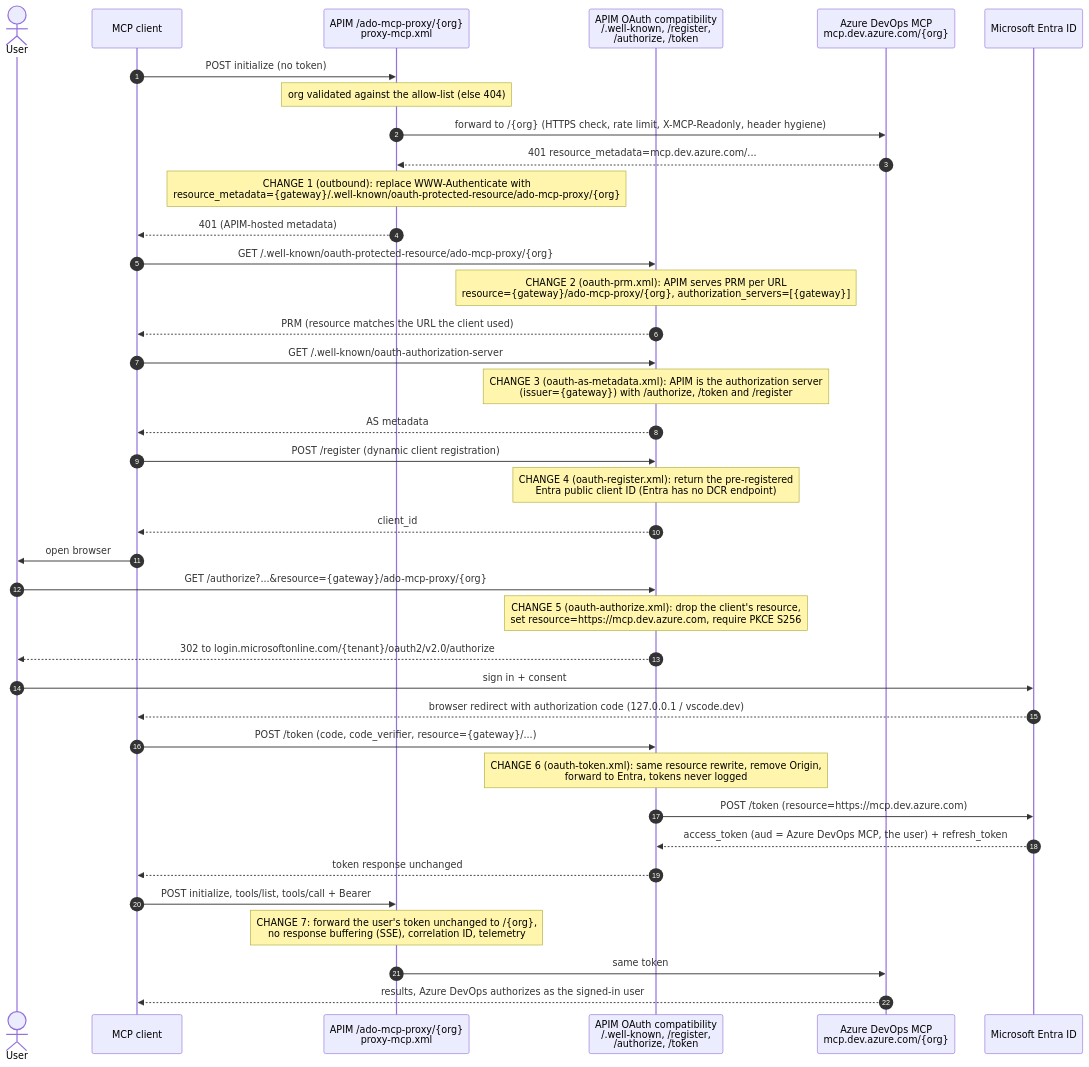
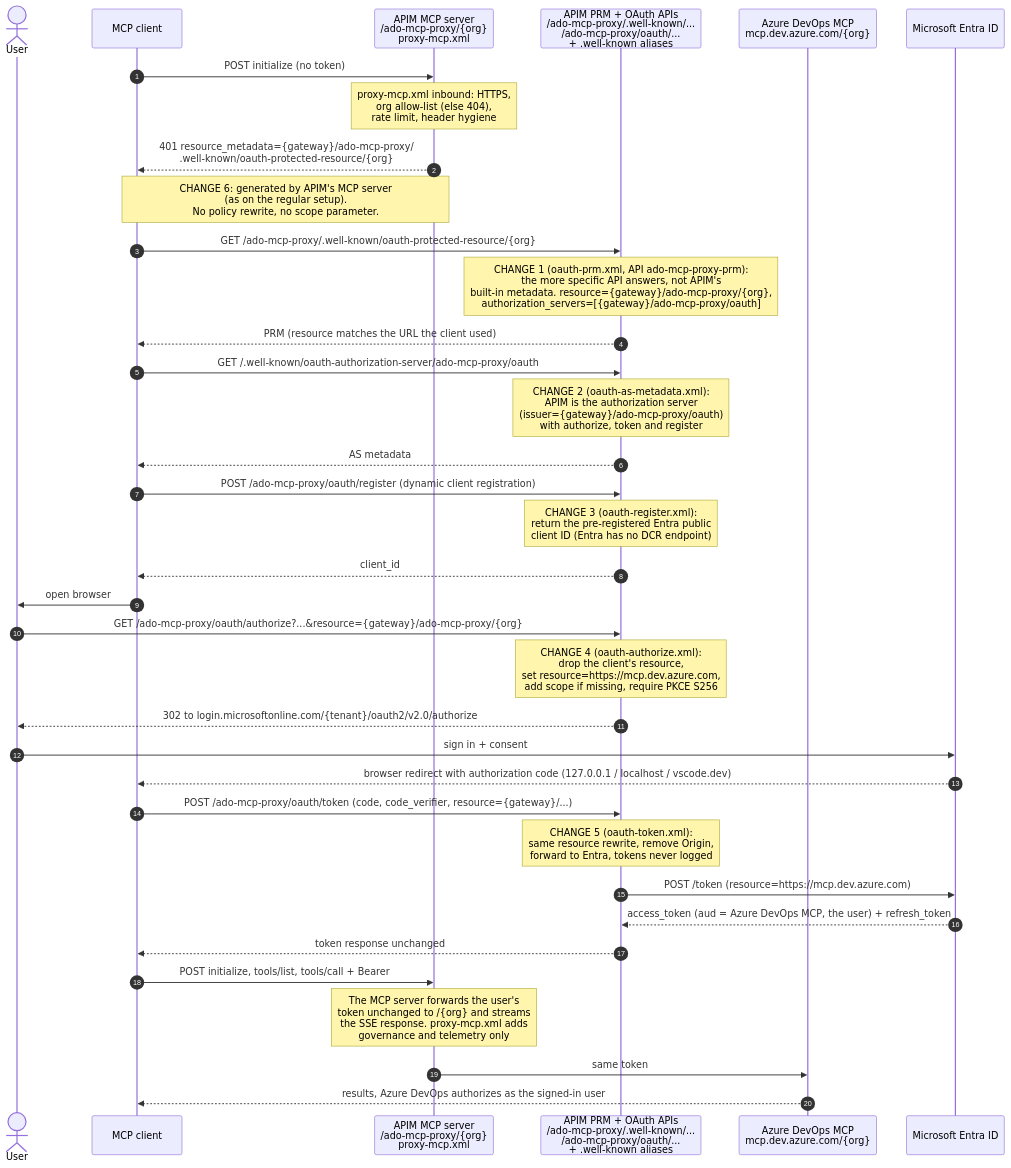
Before and after one commit to san360/azdevopsmcp: the second of 2 diagrams in README.md, drawn with Mermaid. The commit also changed other lines of this file and 49 other files, not shown here.

First line of the commit message:
Run the working setup as an APIM MCP server under its own path (#1)

````diff
--- a/README.md
+++ b/README.md
@@ -279,41 +290,39 @@
 ```mermaid
 sequenceDiagram
     autonumber
     actor U as User
     participant C as MCP client
-    participant P as APIM /ado-mcp-proxy/{org}<br/>proxy-mcp.xml
-    participant A as APIM OAuth compatibility<br/>/.well-known, /register,<br/>/authorize, /token
+    participant P as APIM MCP server<br/>/ado-mcp-proxy/{org}<br/>proxy-mcp.xml
+    participant A as APIM PRM + OAuth APIs<br/>/ado-mcp-proxy/.well-known/...<br/>/ado-mcp-proxy/oauth/...<br/>+ .well-known aliases
     participant O as Azure DevOps MCP<br/>mcp.dev.azure.com/{org}
     participant E as Microsoft Entra ID
 
     C->>P: POST initialize (no token)
-    Note over P: org validated against the allow-list (else 404)
-    P->>O: forward to /{org} (HTTPS check, rate limit, X-MCP-Readonly, header hygiene)
-    O-->>P: 401 resource_metadata=mcp.dev.azure.com/...
-    Note over P: CHANGE 1 (outbound): replace WWW-Authenticate with<br/>resource_metadata={gateway}/.well-known/oauth-protected-resource/ado-mcp-proxy/{org}
-    P-->>C: 401 (APIM-hosted metadata)
-    C->>A: GET /.well-known/oauth-protected-resource/ado-mcp-proxy/{org}
-    Note over A: CHANGE 2 (oauth-prm.xml): APIM serves PRM per URL<br/>resource={gateway}/ado-mcp-proxy/{org}, authorization_servers=[{gateway}]
+    Note over P: proxy-mcp.xml inbound: HTTPS,<br/>org allow-list (else 404),<br/>rate limit, header hygiene
+    P-->>C: 401 resource_metadata={gateway}/ado-mcp-proxy/<br/>.well-known/oauth-protected-resource/{org}
+    Note over C,P: CHANGE 6: generated by APIM's MCP server<br/>(as on the regular setup).<br/>No policy rewrite, no scope parameter.
+    C->>A: GET /ado-mcp-proxy/.well-known/oauth-protected-resource/{org}
+    Note over A: CHANGE 1 (oauth-prm.xml, API ado-mcp-proxy-prm):<br/>the more specific API answers, not APIM's<br/>built-in metadata. resource={gateway}/ado-mcp-proxy/{org},<br/>authorization_servers=[{gateway}/ado-mcp-proxy/oauth]
     A-->>C: PRM (resource matches the URL the client used)
-    C->>A: GET /.well-known/oauth-authorization-server
-    Note over A: CHANGE 3 (oauth-as-metadata.xml): APIM is the authorization server<br/>(issuer={gateway}) with /authorize, /token and /register
+    C->>A: GET /.well-known/oauth-authorization-server/ado-mcp-proxy/oauth
+    Note over A: CHANGE 2 (oauth-as-metadata.xml):<br/>APIM is the authorization server<br/>(issuer={gateway}/ado-mcp-proxy/oauth)<br/>with authorize, token and register
     A-->>C: AS metadata
-    C->>A: POST /register (dynamic client registration)
-    Note over A: CHANGE 4 (oauth-register.xml): return the pre-registered<br/>Entra public client ID (Entra has no DCR endpoint)
+    C->>A: POST /ado-mcp-proxy/oauth/register (dynamic client registration)
+    Note over A: CHANGE 3 (oauth-register.xml):<br/>return the pre-registered Entra public<br/>client ID (Entra has no DCR endpoint)
     A-->>C: client_id
     C->>U: open browser
-    U->>A: GET /authorize?...&resource={gateway}/ado-mcp-proxy/{org}
-    Note over A: CHANGE 5 (oauth-authorize.xml): drop the client's resource,<br/>set resource=https://mcp.dev.azure.com, require PKCE S256
+    U->>A: GET /ado-mcp-proxy/oauth/authorize?...&resource={gateway}/ado-mcp-proxy/{org}
+    Note over A: CHANGE 4 (oauth-authorize.xml):<br/>drop the client's resource,<br/>set resource=https://mcp.dev.azure.com,<br/>add scope if missing, require PKCE S256
     A-->>U: 302 to login.microsoftonline.com/{tenant}/oauth2/v2.0/authorize
     U->>E: sign in + consent
-    E-->>C: browser redirect with authorization code (127.0.0.1 / vscode.dev)
-    C->>A: POST /token (code, code_verifier, resource={gateway}/...)
-    Note over A: CHANGE 6 (oauth-token.xml): same resource rewrite, remove Origin,<br/>forward to Entra, tokens never logged
+    E-->>C: browser redirect with authorization code (127.0.0.1 / localhost / vscode.dev)
+    C->>A: POST /ado-mcp-proxy/oauth/token (code, code_verifier, resource={gateway}/...)
+    Note over A: CHANGE 5 (oauth-token.xml):<br/>same resource rewrite, remove Origin,<br/>forward to Entra, tokens never logged
     A->>E: POST /token (resource=https://mcp.dev.azure.com)
     E-->>A: access_token (aud = Azure DevOps MCP, the user) + refresh_token
     A-->>C: token response unchanged
     C->>P: POST initialize, tools/list, tools/call + Bearer
-    Note over P: CHANGE 7: forward the user's token unchanged to /{org},<br/>no response buffering (SSE), correlation ID, telemetry
+    Note over P: The MCP server forwards the user's<br/>token unchanged to /{org} and streams<br/>the SSE response. proxy-mcp.xml adds<br/>governance and telemetry only
     P->>O: same token
     O-->>C: results, Azure DevOps authorizes as the signed-in user
 ```
````
